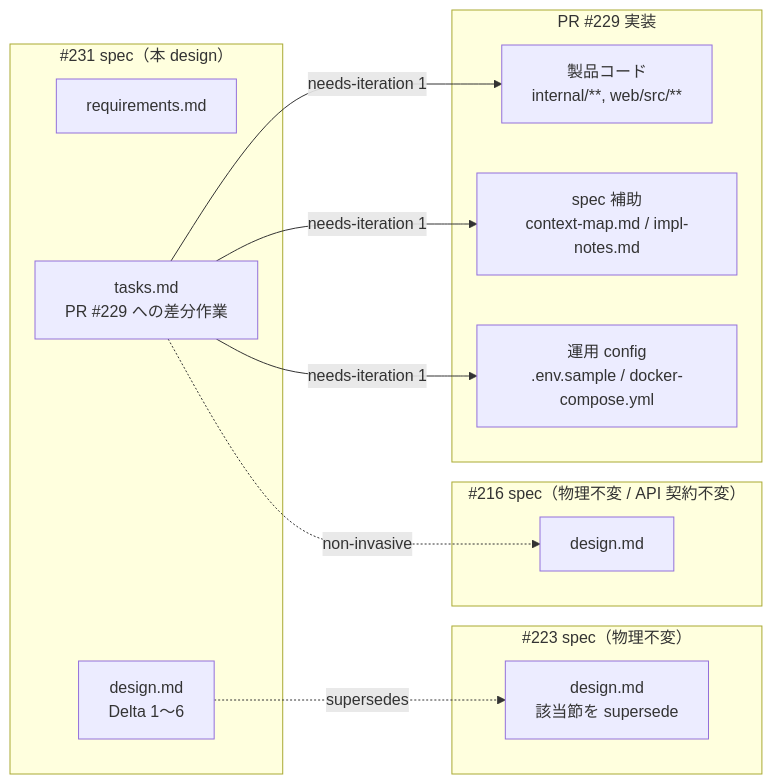
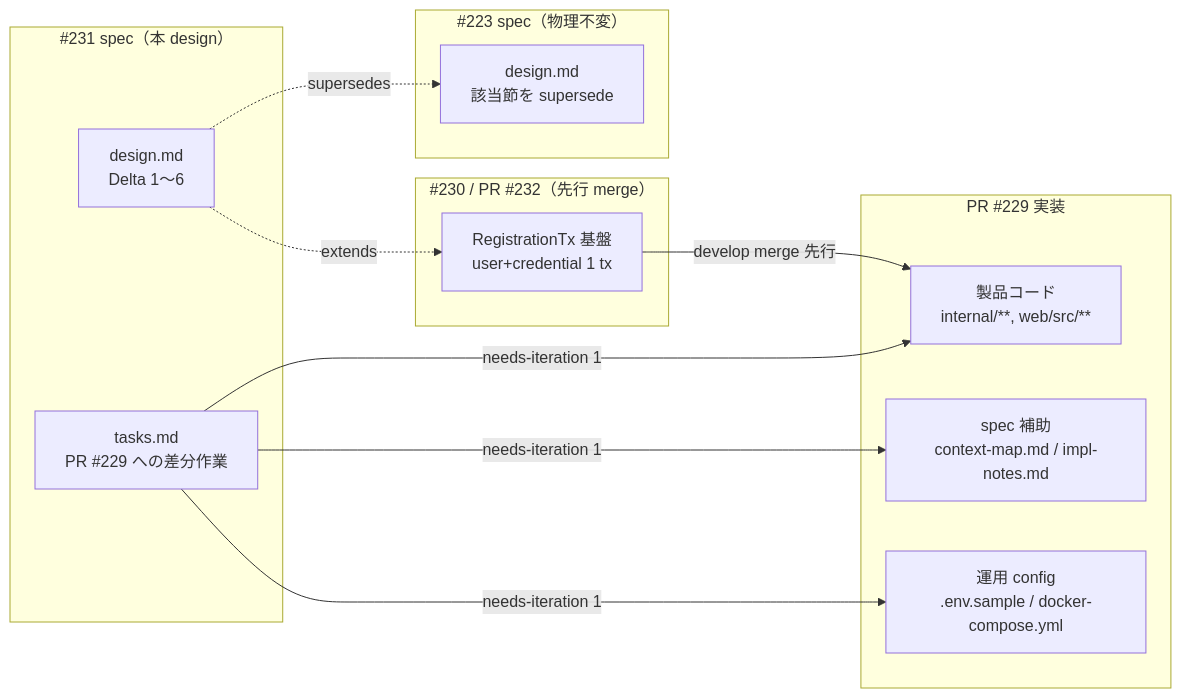
One commit to hitoshiichikawa/feedman changed the first of 3 diagrams in docs/specs/231-design-web-auth/design.md. Above: the diagram before and after it, drawn with Mermaid. The commit also changed other lines of this file and 2 other files, not shown here.

````diff
--- a/docs/specs/231-design-web-auth/design.md
+++ b/docs/specs/231-design-web-auth/design.md
@@ -138,24 +162,24 @@
 ```mermaid
 flowchart LR
     subgraph This231 [#231 spec（本 design）]
-        R231[requirements.md]
         D231[design.md<br/>Delta 1〜6]
         T231[tasks.md<br/>PR #229 への差分作業]
     end
+    subgraph Prior230 [#230 / PR #232（先行 merge）]
+        TX230[RegistrationTx 基盤<br/>user+credential 1 tx]
+    end
     subgraph Existing223 [#223 spec（物理不変）]
         D223[design.md<br/>該当節を supersede]
-    end
-    subgraph Existing216 [#216 spec（物理不変 / API 契約不変）]
-        D216[design.md]
     end
     subgraph PR229 [PR #229 実装]
         S229[製品コード<br/>internal/**, web/src/**]
         SPEC229[spec 補助<br/>context-map.md / impl-notes.md]
         CONF229[運用 config<br/>.env.sample / docker-compose.yml]
     end
+    TX230 -->|develop merge 先行| S229
     D231 -.supersedes.-> D223
+    D231 -.extends.-> TX230
     T231 -->|needs-iteration 1| S229
     T231 -->|needs-iteration 1| SPEC229
     T231 -->|needs-iteration 1| CONF229
-    T231 -.non-invasive.-> D216
 ```
````
